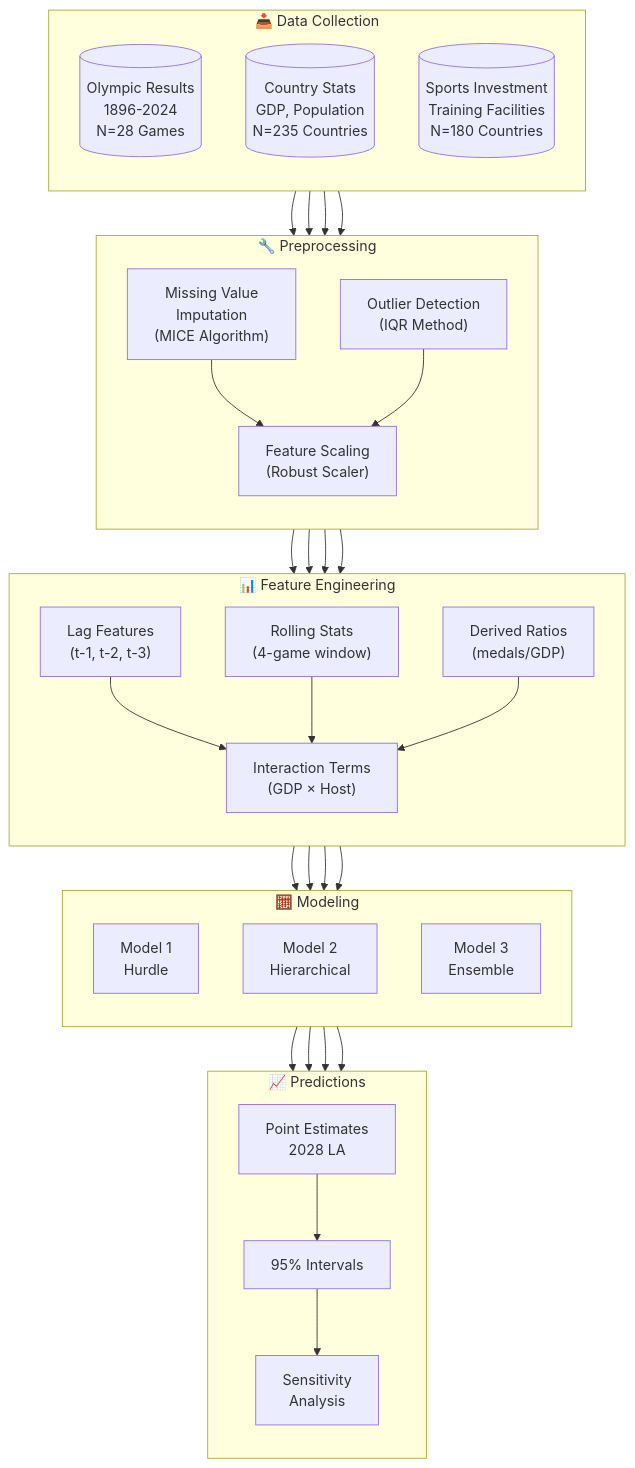
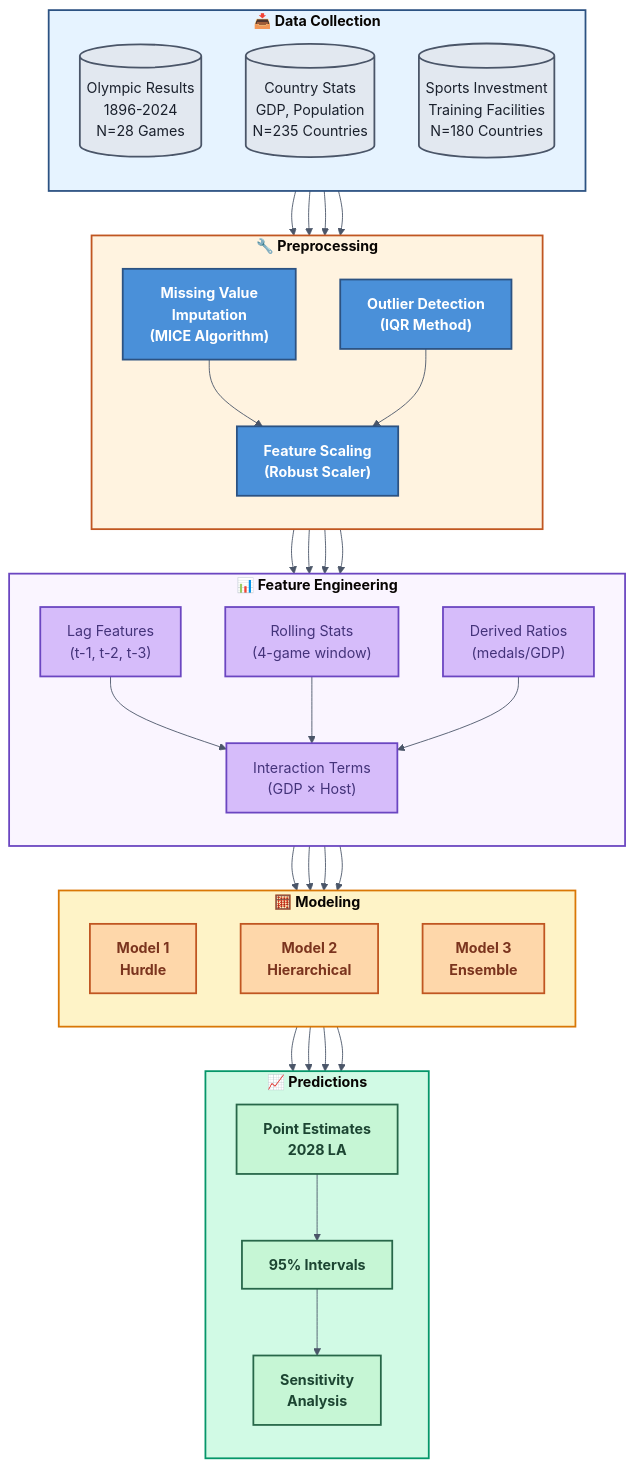
Before and after one commit to hlife0/MCM-Killer: the third of 26 diagrams in workspace/2025_C/.claude/agent_knowledge/visualizer/mermaid_advanced_templates.md, drawn with Mermaid. The commit also changed other lines of this file and 20 other files, not shown here.

````diff
--- a/workspace/2025_C/.claude/agent_knowledge/visualizer/mermaid_advanced_templates.md
+++ b/workspace/2025_C/.claude/agent_knowledge/visualizer/mermaid_advanced_templates.md
@@ -44,39 +90,60 @@
 ```mermaid
+%%{init: {
+  'theme': 'base',
+  'themeVariables': {
+    'primaryColor': '#4a90d9',
+    'primaryTextColor': '#ffffff',
+    'primaryBorderColor': '#2c5282',
+    'lineColor': '#4a5568',
+    'secondaryColor': '#90cdf4',
+    'tertiaryColor': '#f7fafc',
+    'fontSize': '16px',
+    'fontFamily': 'Arial, Helvetica, sans-serif'
+  }
+}}%%
+
 flowchart TB
-    subgraph Input["📥 Data Collection"]
+    %% Class definitions
+    classDef database fill:#e2e8f0,stroke:#4a5568,stroke-width:2px,color:#1a202c
+    classDef process fill:#4a90d9,stroke:#2c5282,stroke-width:2px,color:#ffffff,font-weight:bold
+    classDef feature fill:#d6bcfa,stroke:#6b46c1,stroke-width:2px,color:#44337a
+    classDef model fill:#fed7aa,stroke:#c05621,stroke-width:2px,color:#7b341e,font-weight:bold
+    classDef output fill:#c6f6d5,stroke:#276749,stroke-width:2px,color:#1c4532,font-weight:bold
+
+    subgraph Input["<b>📥 Data Collection</b>"]
         direction TB
-        R1[("Olympic Results<br/>1896-2024<br/>N=28 Games")]
-        R2[("Country Stats<br/>GDP, Population<br/>N=235 Countries")]
-        R3[("Sports Investment<br/>Training Facilities<br/>N=180 Countries")]
+        R1[("Olympic Results<br/>1896-2024<br/>N=28 Games")]:::database
+        R2[("Country Stats<br/>GDP, Population<br/>N=235 Countries")]:::database
+        R3[("Sports Investment<br/>Training Facilities<br/>N=180 Countries")]:::database
     end
 
-    subgraph Preprocessing["🔧 Preprocessing"]
+    subgraph Preprocessing["<b>🔧 Preprocessing</b>"]
         direction TB
-        P1["Missing Value<br/>Imputation<br/>(MICE Algorithm)"]
-        P2["Outlier Detection<br/>(IQR Method)"]
-        P3["Feature Scaling<br/>(Robust Scaler)"]
+        P1["Missing Value<br/>Imputation<br/>(MICE Algorithm)"]:::process
+        P2["Outlier Detection<br/>(IQR Method)"]:::process
+        P3["Feature Scaling<br/>(Robust Scaler)"]:::process
     end
 
-    subgraph Features["📊 Feature Engineering"]
+    subgraph Features["<b>📊 Feature Engineering</b>"]
         direction TB
-        F1["Lag Features<br/>(t-1, t-2, t-3)"]
-        F2["Rolling Stats<br/>(4-game window)"]
-        F3["Derived Ratios<br/>(medals/GDP)"]
-        F4["Interaction Terms<br/>(GDP × Host)"]
+        F1["Lag Features<br/>(t-1, t-2, t-3)"]:::feature
+        F2["Rolling Stats<br/>(4-game window)"]:::feature
+        F3["Derived Ratios<br/>(medals/GDP)"]:::feature
+        F4["Interaction Terms<br/>(GDP × Host)"]:::feature
     end
 
-    subgraph Models["🧮 Modeling"]
+    subgraph Models["<b>🧮 Modeling</b>"]
         direction TB
-        M1["Model 1<br/>Hurdle"]
-        M2["Model 2<br/>Hierarchical"]
-        M3["Model 3<br/>Ensemble"]
+        M1["Model 1<br/>Hurdle"]:::model
+        M2["Model 2<br/>Hierarchical"]:::model
+        M3["Model 3<br/>Ensemble"]:::model
     end
 
-    subgraph Output["📈 Predictions"]
+    subgraph Output["<b>📈 Predictions</b>"]
         direction TB
-        O1["Point Estimates<br/>2028 LA"]
-        O2["95% Intervals"]
-        O3["Sensitivity<br/>Analysis"]
+        O1["Point Estimates<br/>2028 LA"]:::output
+        O2["95% Intervals"]:::output
+        O3["Sensitivity<br/>Analysis"]:::output
     end
 
     Input --> Preprocessing
@@ -103,4 +170,11 @@
     M3 --> O1
     O1 --> O2
     O2 --> O3
+
+    %% Subgraph styling
+    style Input fill:#e6f3ff,stroke:#2c5282,stroke-width:2px
+    style Preprocessing fill:#fff3e0,stroke:#c05621,stroke-width:2px
+    style Features fill:#faf5ff,stroke:#6b46c1,stroke-width:2px
+    style Models fill:#fef3c7,stroke:#d97706,stroke-width:2px
+    style Output fill:#d1fae5,stroke:#059669,stroke-width:2px
 ```
````
